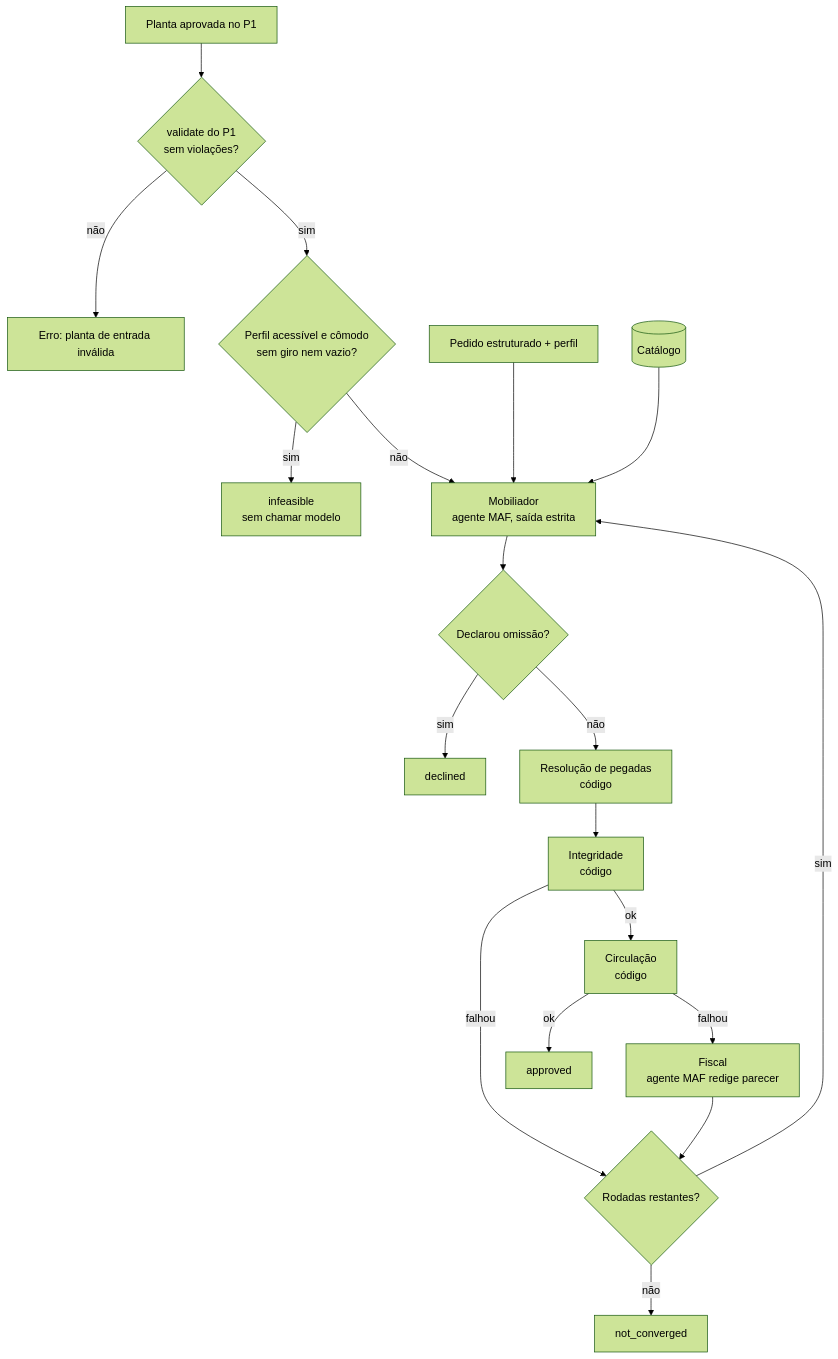
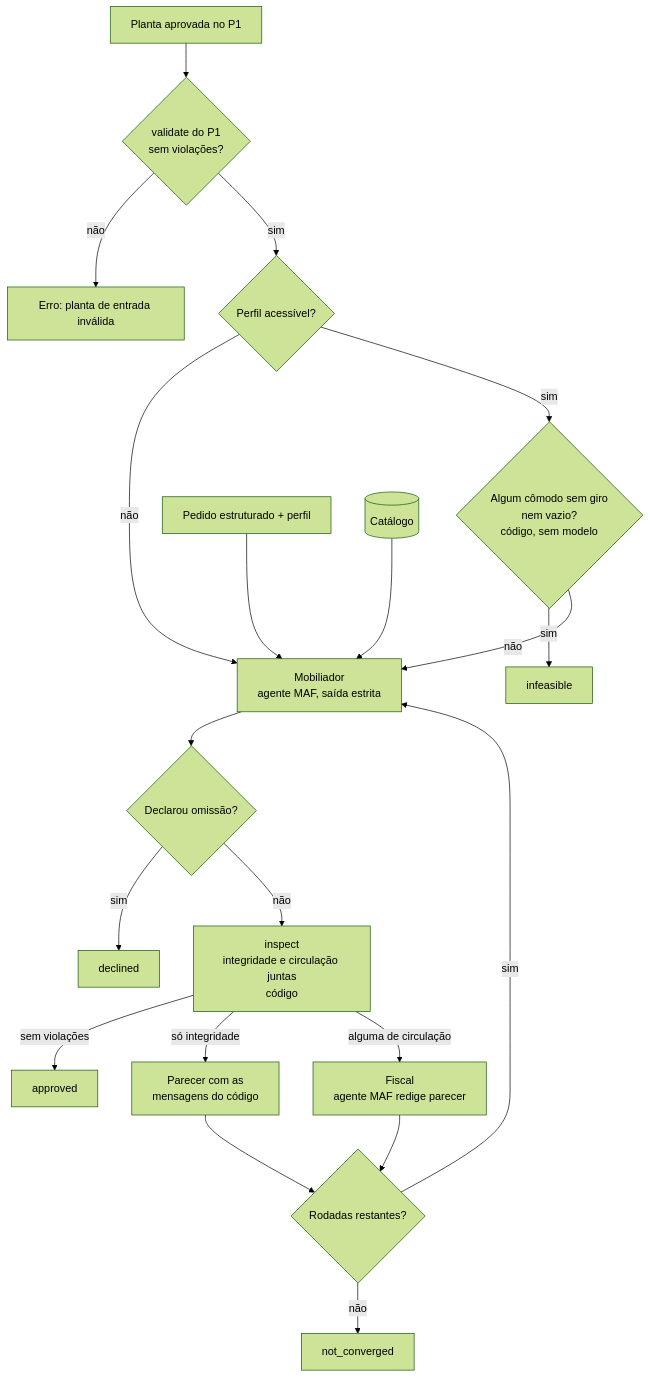
The second of 2 diagrams in README.md (yujikunitake/floorplan-guardrails), drawn with Mermaid (forest theme) before and after one commit. The commit also changed 1 other file, not shown here.

Commit message:
docs(docs): draw the p2 flow as the code runs it

````diff
--- a/README.md
+++ b/README.md
@@ -117,21 +117,22 @@
 ```mermaid
 flowchart TD
     P[Planta aprovada no P1] --> V{validate do P1<br/>sem violações?}
     V -- não --> X[Erro: planta de entrada inválida]
-    V -- sim --> G{Perfil acessível e cômodo<br/>sem giro nem vazio?}
-    G -- sim --> IN[infeasible<br/>sem chamar modelo]
-    G -- não --> M[Mobiliador<br/>agente MAF, saída estrita]
+    V -- sim --> AC{Perfil acessível?}
+    AC -- não --> M[Mobiliador<br/>agente MAF, saída estrita]
+    AC -- sim --> G{Algum cômodo sem giro<br/>nem vazio?<br/>código, sem modelo}
+    G -- sim --> IN[infeasible]
+    G -- não --> M
     R[Pedido estruturado + perfil] --> M
     C[(Catálogo)] --> M
     M --> O{Declarou omissão?}
     O -- sim --> D[declined]
-    O -- não --> F[Resolução de pegadas<br/>código]
-    F --> I1[Integridade<br/>código]
-    I1 -- falhou --> L
-    I1 -- ok --> I2[Circulação<br/>código]
-    I2 -- ok --> A[approved]
-    I2 -- falhou --> FI[Fiscal<br/>agente MAF redige parecer]
-    FI --> L{Rodadas restantes?}
+    O -- não --> I[inspect<br/>integridade e circulação juntas<br/>código]
+    I -- sem violações --> A[approved]
+    I -- só integridade --> MSG[Parecer com as<br/>mensagens do código]
+    I -- alguma de circulação --> FI[Fiscal<br/>agente MAF redige parecer]
+    MSG --> L{Rodadas restantes?}
+    FI --> L
     L -- sim --> M
     L -- não --> N[not_converged]
 ```
````
